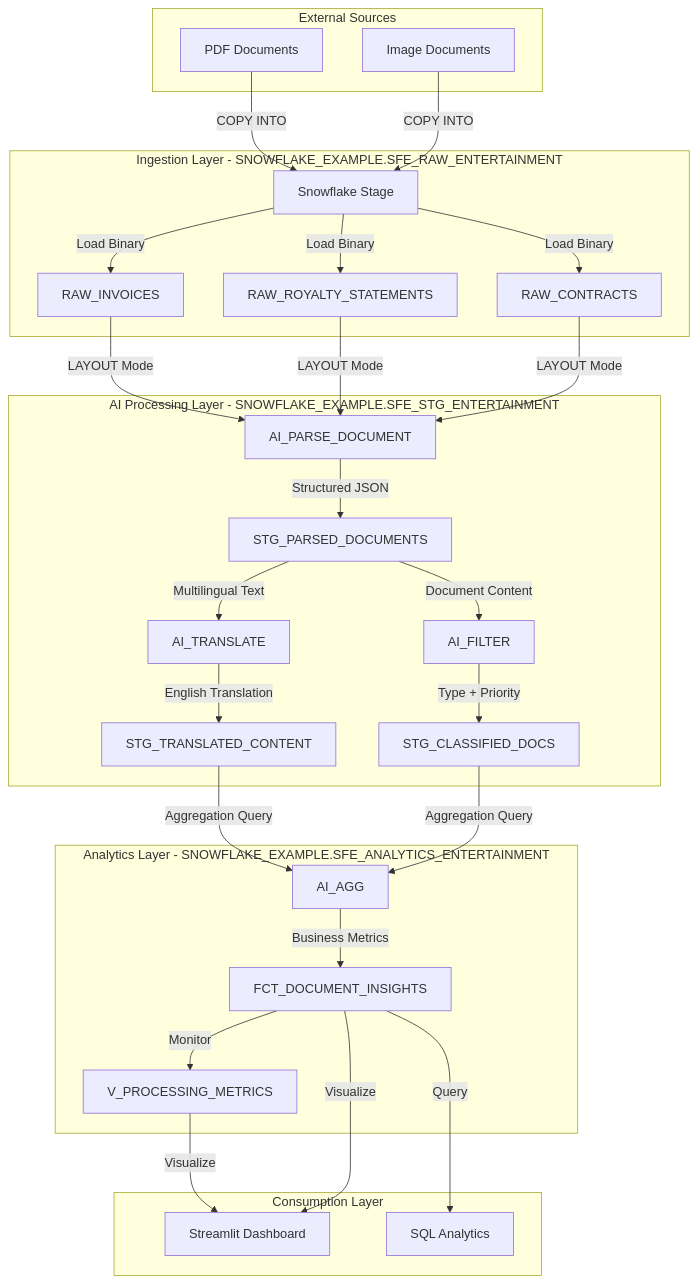
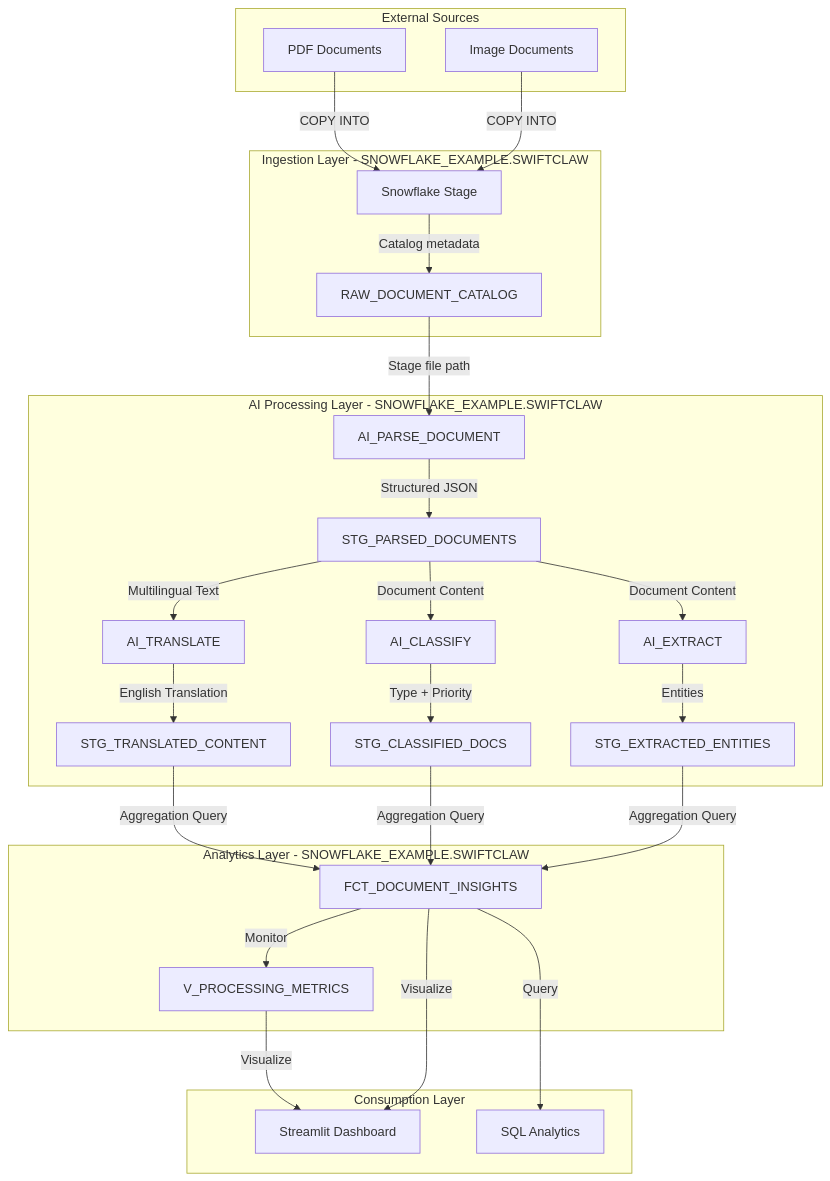
The diagram in diagrams/data-flow.md (sfc-gh-miwhitaker/swiftclaw), drawn with Mermaid before and after one commit. The commit also changed other lines of this file and 26 other files, not shown here.

````diff
--- a/diagrams/data-flow.md
+++ b/diagrams/data-flow.md
@@ -18,61 +18,59 @@
 ```mermaid
 graph TB
     subgraph "External Sources"
         PDF[PDF Documents]
         IMG[Image Documents]
     end
-    
-    subgraph "Ingestion Layer - SNOWFLAKE_EXAMPLE.SFE_RAW_ENTERTAINMENT"
+
+    subgraph "Ingestion Layer - SNOWFLAKE_EXAMPLE.SWIFTCLAW"
         Stage[Snowflake Stage]
-        Raw1[RAW_INVOICES]
-        Raw2[RAW_ROYALTY_STATEMENTS]
-        Raw3[RAW_CONTRACTS]
+        Catalog[RAW_DOCUMENT_CATALOG]
     end
-    
-    subgraph "AI Processing Layer - SNOWFLAKE_EXAMPLE.SFE_STG_ENTERTAINMENT"
+
+    subgraph "AI Processing Layer - SNOWFLAKE_EXAMPLE.SWIFTCLAW"
         Parse[AI_PARSE_DOCUMENT]
         Parsed[STG_PARSED_DOCUMENTS]
         Translate[AI_TRANSLATE]
         Translated[STG_TRANSLATED_CONTENT]
-        Classify[AI_FILTER]
+        Classify[AI_CLASSIFY]
         Classified[STG_CLASSIFIED_DOCS]
+        Extract[AI_EXTRACT]
+        Entities[STG_EXTRACTED_ENTITIES]
     end
-    
-    subgraph "Analytics Layer - SNOWFLAKE_EXAMPLE.SFE_ANALYTICS_ENTERTAINMENT"
-        Agg[AI_AGG]
+
+    subgraph "Analytics Layer - SNOWFLAKE_EXAMPLE.SWIFTCLAW"
         Insights[FCT_DOCUMENT_INSIGHTS]
         Metrics[V_PROCESSING_METRICS]
     end
-    
+
     subgraph "Consumption Layer"
         Streamlit[Streamlit Dashboard]
         SQL[SQL Analytics]
     end
-    
+
     PDF -->|COPY INTO| Stage
     IMG -->|COPY INTO| Stage
-    Stage -->|Load Binary| Raw1
-    Stage -->|Load Binary| Raw2
-    Stage -->|Load Binary| Raw3
-    
-    Raw1 -->|LAYOUT Mode| Parse
-    Raw2 -->|LAYOUT Mode| Parse
-    Raw3 -->|LAYOUT Mode| Parse
+    Stage -->|Catalog metadata| Catalog
+
+    Catalog -->|Stage file path| Parse
     Parse -->|Structured JSON| Parsed
-    
+
     Parsed -->|Multilingual Text| Translate
     Translate -->|English Translation| Translated
-    
+
     Parsed -->|Document Content| Classify
     Classify -->|Type + Priority| Classified
-    
-    Translated -->|Aggregation Query| Agg
-    Classified -->|Aggregation Query| Agg
-    Agg -->|Business Metrics| Insights
-    
+
+    Parsed -->|Document Content| Extract
+    Extract -->|Entities| Entities
+
+    Translated -->|Aggregation Query| Insights
+    Classified -->|Aggregation Query| Insights
+    Entities -->|Aggregation Query| Insights
+
     Insights -->|Monitor| Metrics
-    
+
     Metrics -->|Visualize| Streamlit
     Insights -->|Visualize| Streamlit
     Insights -->|Query| SQL
 ```
````
